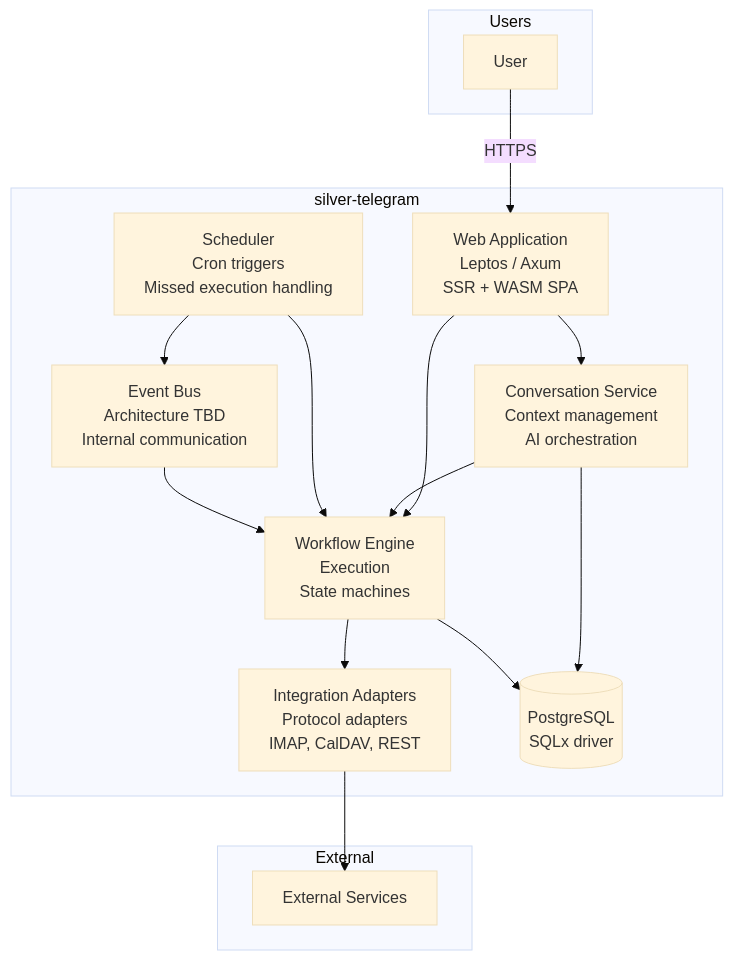
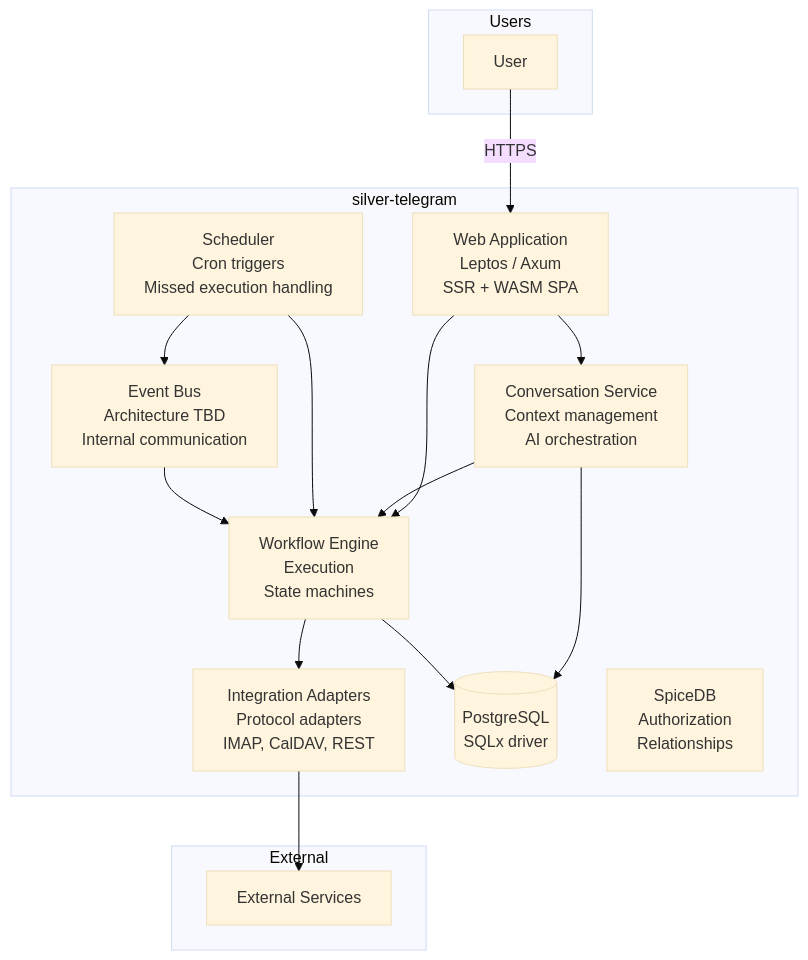
Before and after one commit to Technosorcery/silver-telegram: the second of 7 diagrams in docs/architecture/ARCHITECTURE.md, drawn with Mermaid (base theme). The commit also changed other lines of this file, not shown here.

First line of the commit message:
ADR-002: SpiceDB for relationship-based authorization

````diff
--- a/docs/architecture/ARCHITECTURE.md
+++ b/docs/architecture/ARCHITECTURE.md
@@ -112,38 +112,40 @@
 ```mermaid
 flowchart TB
     subgraph Users
         U[User]
     end
 
     subgraph silver-telegram
         WEB[Web Application<br/>Leptos / Axum<br/>SSR + WASM SPA]
 
         CONV[Conversation Service<br/>Context management<br/>AI orchestration]
 
         WF[Workflow Engine<br/>Execution<br/>State machines]
 
         INT[Integration Adapters<br/>Protocol adapters<br/>IMAP, CalDAV, REST]
 
         SCHED[Scheduler<br/>Cron triggers<br/>Missed execution handling]
 
         DB[(PostgreSQL<br/>SQLx driver)]
+
+        SPICE[SpiceDB<br/>Authorization<br/>Relationships]
 
         EVENTS[Event Bus<br/>Architecture TBD<br/>Internal communication]
     end
 
     subgraph External
         EXT[External Services]
     end
 
     U -->|HTTPS| WEB
     WEB --> CONV
     WEB --> WF
     CONV --> WF
     CONV --> DB
     WF --> INT
     WF --> DB
     SCHED --> WF
     SCHED --> EVENTS
     EVENTS --> WF
     INT --> EXT
 ```
````
